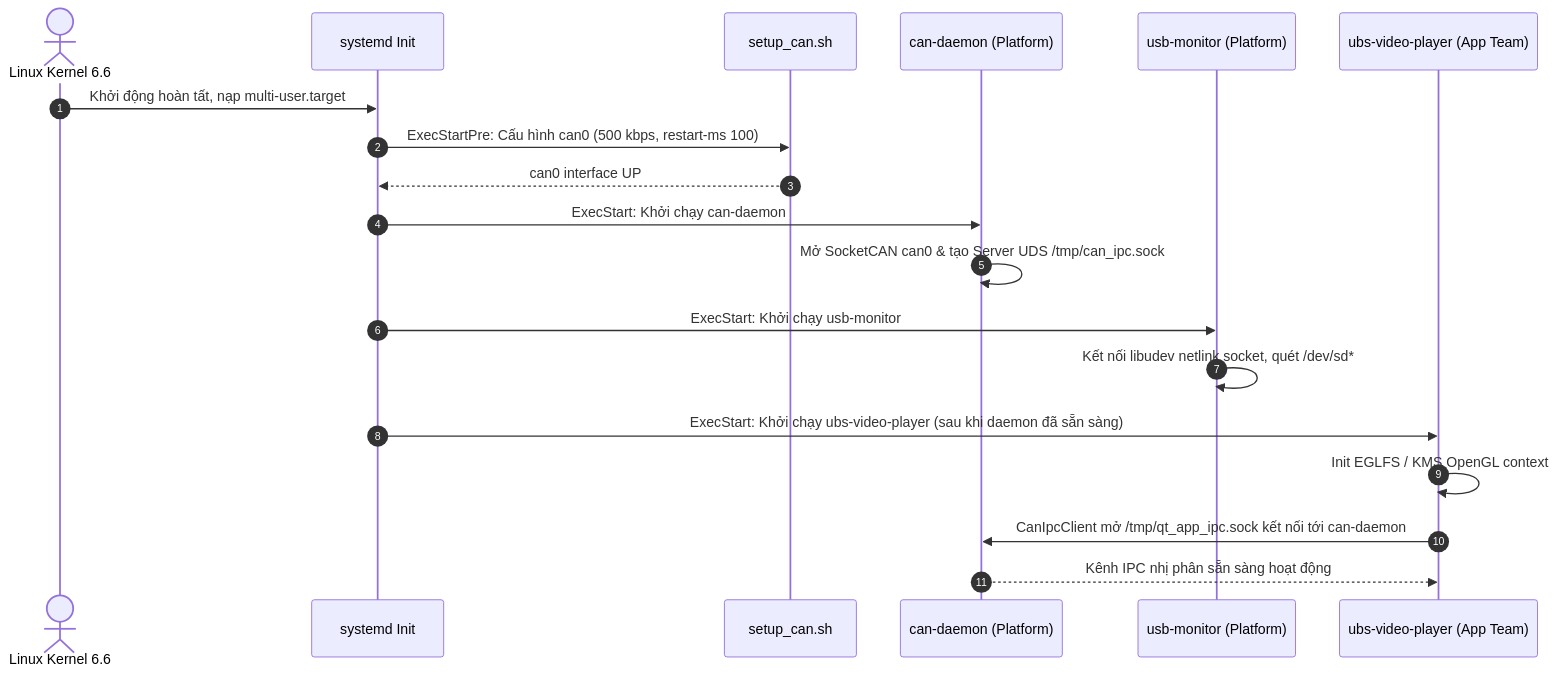
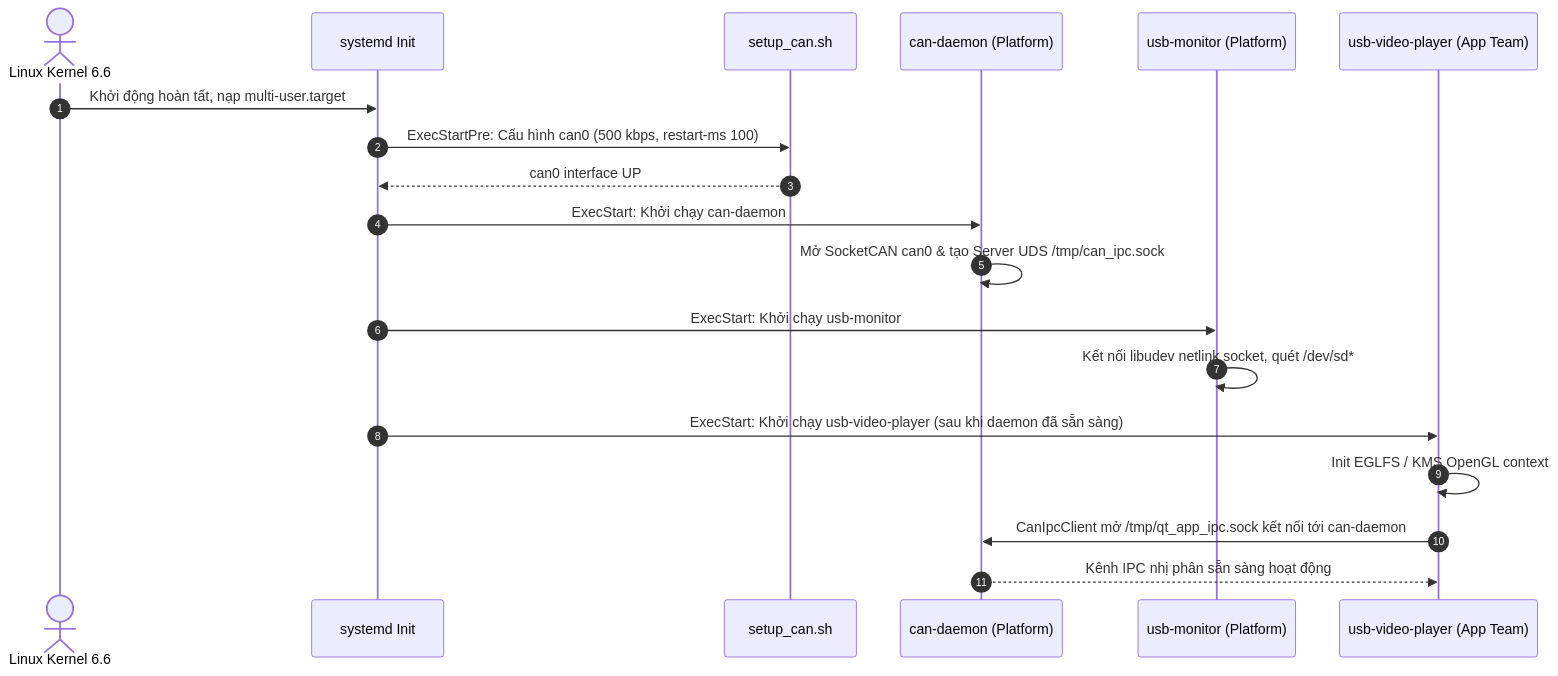
The second of 5 diagrams in YOCTO_SCARTHGAP_GUIDE.md (lamnguyen56/FastTrack01), drawn with Mermaid before and after one commit. The commit also changed other lines of this file and 85 other files, not shown here.

Commit message:
Rename "ubs" to "usb" and move App folder into recipes-app

````diff
--- a/YOCTO_SCARTHGAP_GUIDE.md
+++ b/YOCTO_SCARTHGAP_GUIDE.md
@@ -178,22 +140,22 @@
 ```mermaid
 sequenceDiagram
     autonumber
     actor Kernel as Linux Kernel 6.6
     participant Systemd as systemd Init
     participant SetupCAN as setup_can.sh
     participant CanDaemon as can-daemon (Platform)
     participant UsbMonitor as usb-monitor (Platform)
-    participant QtApp as ubs-video-player (App Team)
+    participant QtApp as usb-video-player (App Team)
 
     Kernel->>Systemd: Khởi động hoàn tất, nạp multi-user.target
     Systemd->>SetupCAN: ExecStartPre: Cấu hình can0 (500 kbps, restart-ms 100)
     SetupCAN-->>Systemd: can0 interface UP
     Systemd->>CanDaemon: ExecStart: Khởi chạy can-daemon
     CanDaemon->>CanDaemon: Mở SocketCAN can0 & tạo Server UDS /tmp/can_ipc.sock
     Systemd->>UsbMonitor: ExecStart: Khởi chạy usb-monitor
     UsbMonitor->>UsbMonitor: Kết nối libudev netlink socket, quét /dev/sd*
-    Systemd->>QtApp: ExecStart: Khởi chạy ubs-video-player (sau khi daemon đã sẵn sàng)
+    Systemd->>QtApp: ExecStart: Khởi chạy usb-video-player (sau khi daemon đã sẵn sàng)
     QtApp->>QtApp: Init EGLFS / KMS OpenGL context
     QtApp->>CanDaemon: CanIpcClient mở /tmp/qt_app_ipc.sock kết nối tới can-daemon
     CanDaemon-->>QtApp: Kênh IPC nhị phân sẵn sàng hoạt động
 ```
````
